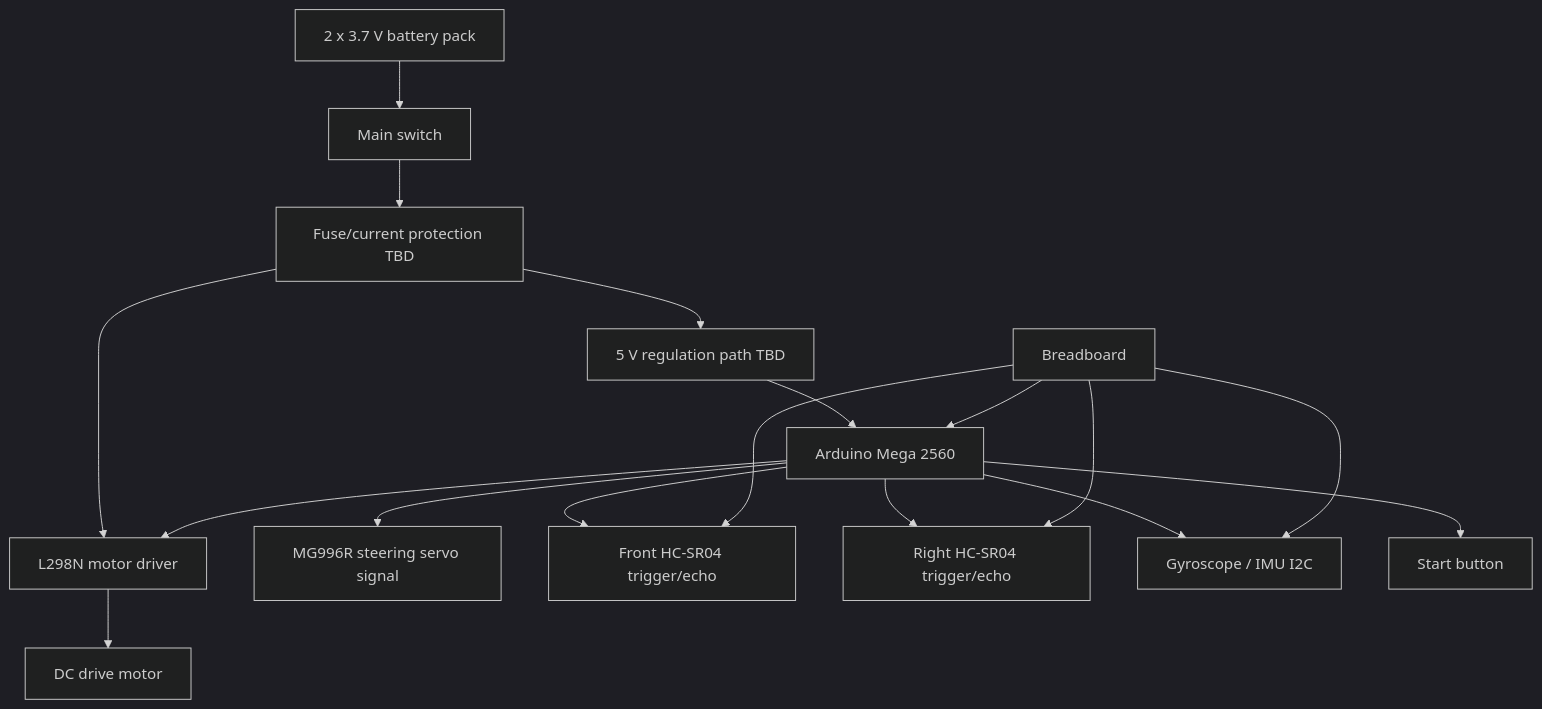
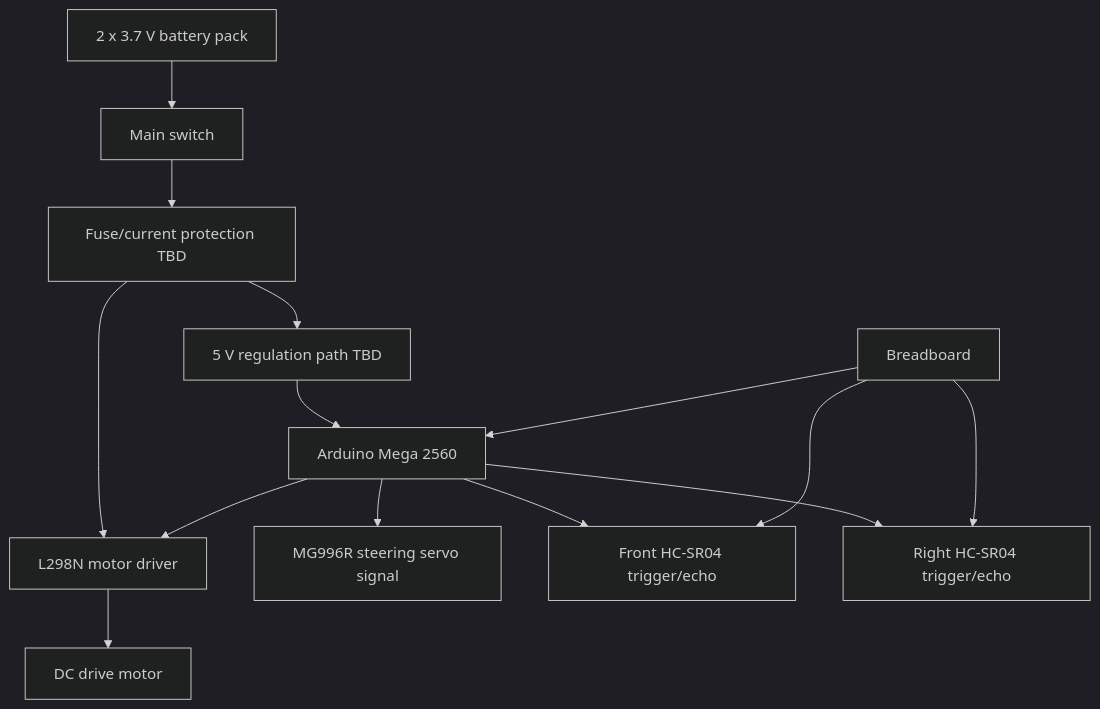
The diagram in schemes/electromechanical_overview.md (Yamilgmr/SKRobotics_WRO2026), drawn with Mermaid (dark theme) before and after one commit. The commit also changed 19 other files, not shown here.

````diff
--- a/schemes/electromechanical_overview.md
+++ b/schemes/electromechanical_overview.md
@@ -5,19 +5,16 @@
 ```mermaid
 flowchart TD
     BAT["2 x 3.7 V battery pack"] --> SW["Main switch"]
     SW --> PROT["Fuse/current protection TBD"]
     PROT --> REG["5 V regulation path TBD"]
     PROT --> DRV["L298N motor driver"]
     REG --> MEGA["Arduino Mega 2560"]
     MEGA --> SERVO["MG996R steering servo signal"]
     MEGA --> USF["Front HC-SR04 trigger/echo"]
     MEGA --> USR["Right HC-SR04 trigger/echo"]
-    MEGA --> IMU["Gyroscope / IMU I2C"]
-    MEGA --> BTN["Start button"]
     MEGA --> DRV
     DRV --> MOTOR["DC drive motor"]
     BB["Breadboard"] --> MEGA
     BB --> USF
     BB --> USR
-    BB --> IMU
 ```
````
